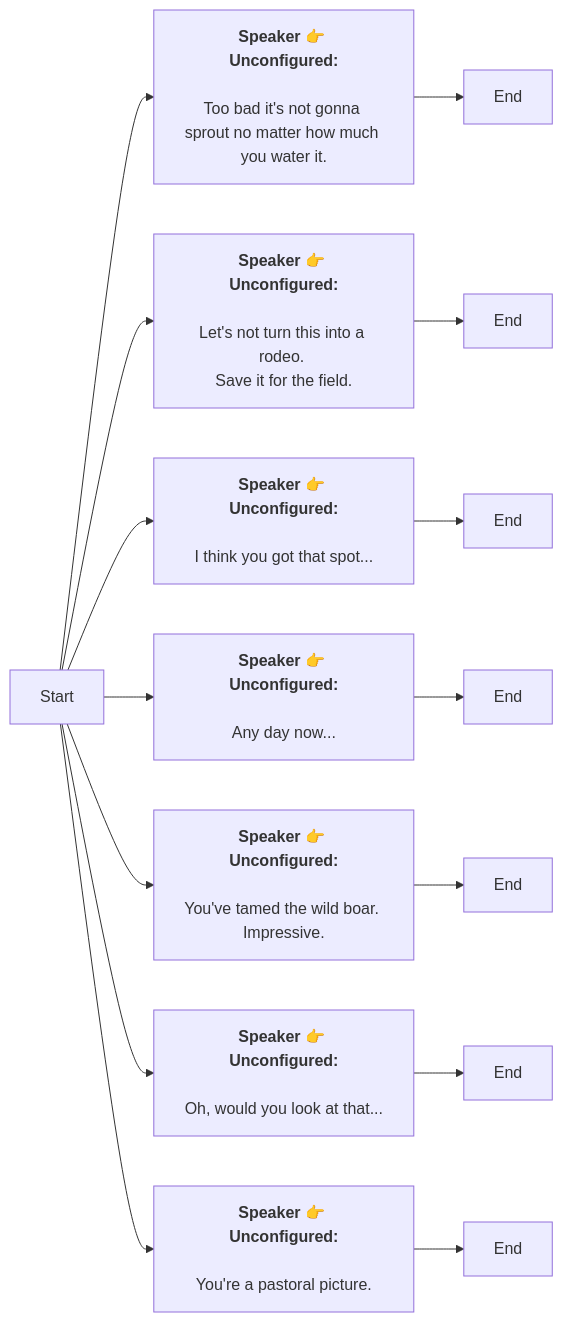
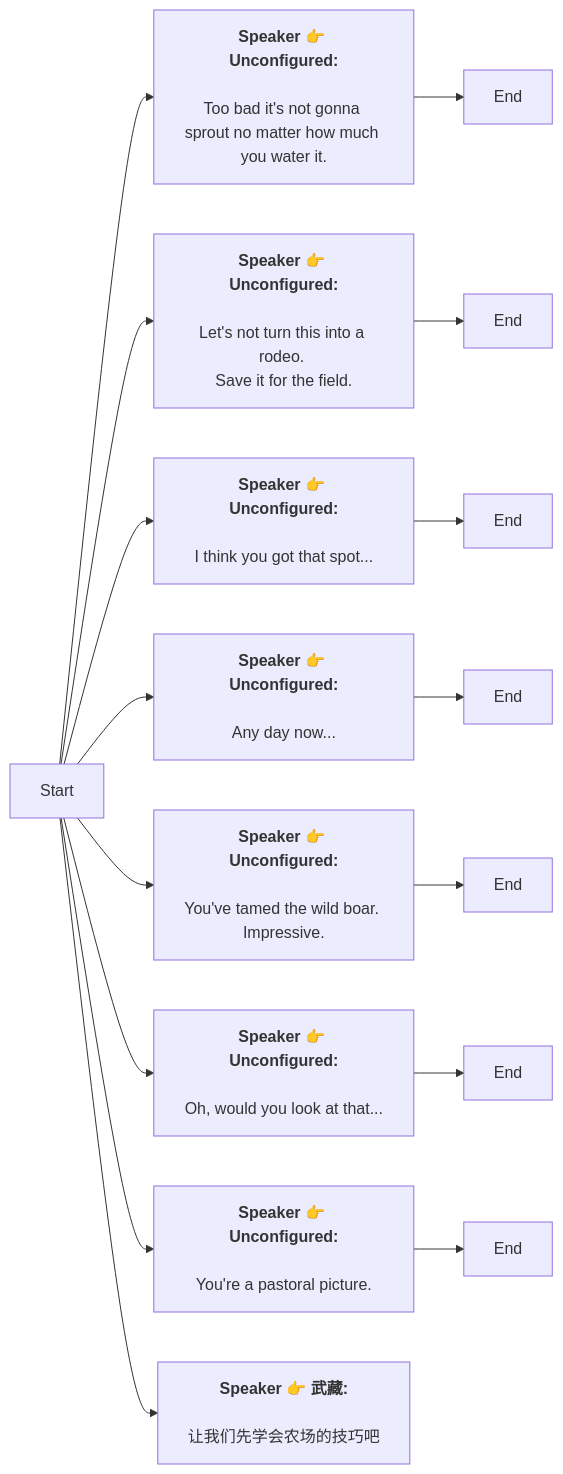
One commit to SoftHu/tos_avg changed the diagram in Zh/FarmingTutriols.md. Above: the diagram before and after it, drawn with Mermaid. The commit also changed 181 other files, not shown here.

````diff
--- a/Zh/FarmingTutriols.md
+++ b/Zh/FarmingTutriols.md
@@ -1,33 +1,36 @@
 ```mermaid
 graph LR
 Start -->1768884574776325[<b>Speaker 👉 Unconfigured:</b>
 
 Too bad it's not gonna sprout no matter how much you water it.]
 1768884574776325 -->1768884429265923[End]
 Start -->1768884774476813[<b>Speaker 👉 Unconfigured:</b>
 
 Let's not turn this into a rodeo. 
 Save it for the field.]
 1768884774476813 -->1768884678678536[End]
 Start -->1768884787234830[<b>Speaker 👉 Unconfigured:</b>
 
 I think you got that spot... ]
 1768884787234830 -->1768884739463179[End]
 Start -->1768884796445711[<b>Speaker 👉 Unconfigured:</b>
 
 Any day now... ]
 1768884796445711 -->1768884809496592[End]
 Start -->1768884880899090[<b>Speaker 👉 Unconfigured:</b>
 
 You've tamed the wild boar. Impressive.]
 1768884880899090 -->1768884891209747[End]
 Start -->1768884921164823[<b>Speaker 👉 Unconfigured:</b>
 
 Oh, would you look at that...]
 1768884921164823 -->1768884925259800[End]
 Start -->1768884920385558[<b>Speaker 👉 Unconfigured:</b>
 
 You're a pastoral picture. ]
 1768884920385558 -->1768884931682329[End]
+Start -->1772535815119022[<b>Speaker 👉 武藏:</b>
+
+让我们先学会农场的技巧吧]
 
  ```
````
